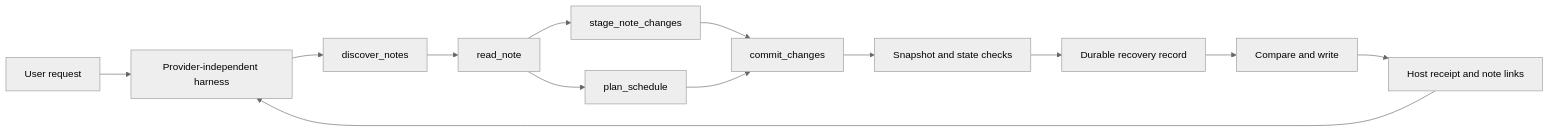
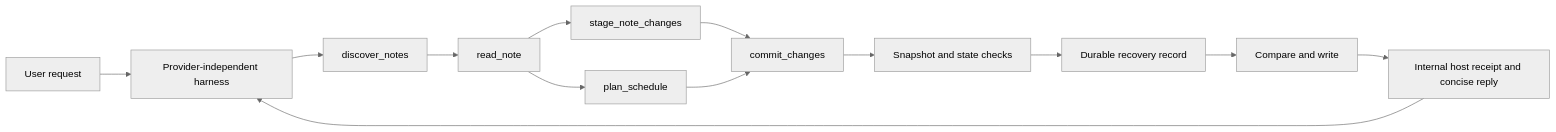
One commit to determinedsceptic/obsidian-auto-scheduler changed the diagram in docs/architecture.md. Above: the diagram before and after it, drawn with Mermaid (neutral theme). The commit also changed other lines of this file and 13 other files, not shown here.

````diff
--- a/docs/architecture.md
+++ b/docs/architecture.md
@@ -27,15 +27,15 @@
 ```mermaid
 flowchart LR
   U[User request] --> H[Provider-independent harness]
   H --> D[discover_notes]
   D --> R[read_note]
   R --> S[stage_note_changes]
   R --> P[plan_schedule]
   S --> C[commit_changes]
   P --> C
   C --> T[Snapshot and state checks]
   T --> B[Durable recovery record]
   B --> W[Compare and write]
-  W --> Q[Host receipt and note links]
+  W --> Q[Internal host receipt and concise reply]
   Q --> H
 ```
````
